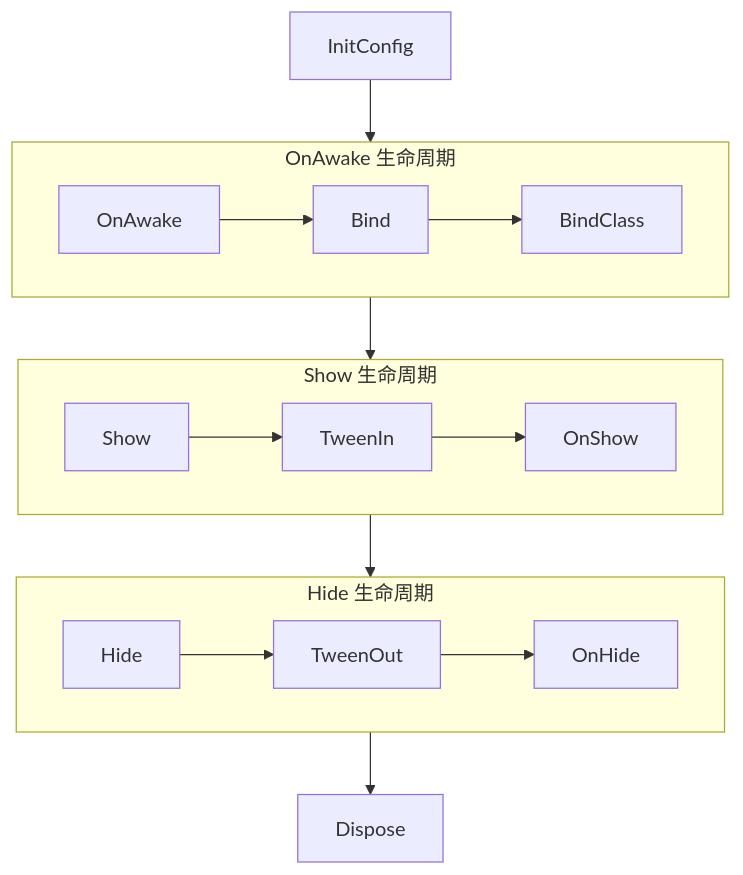
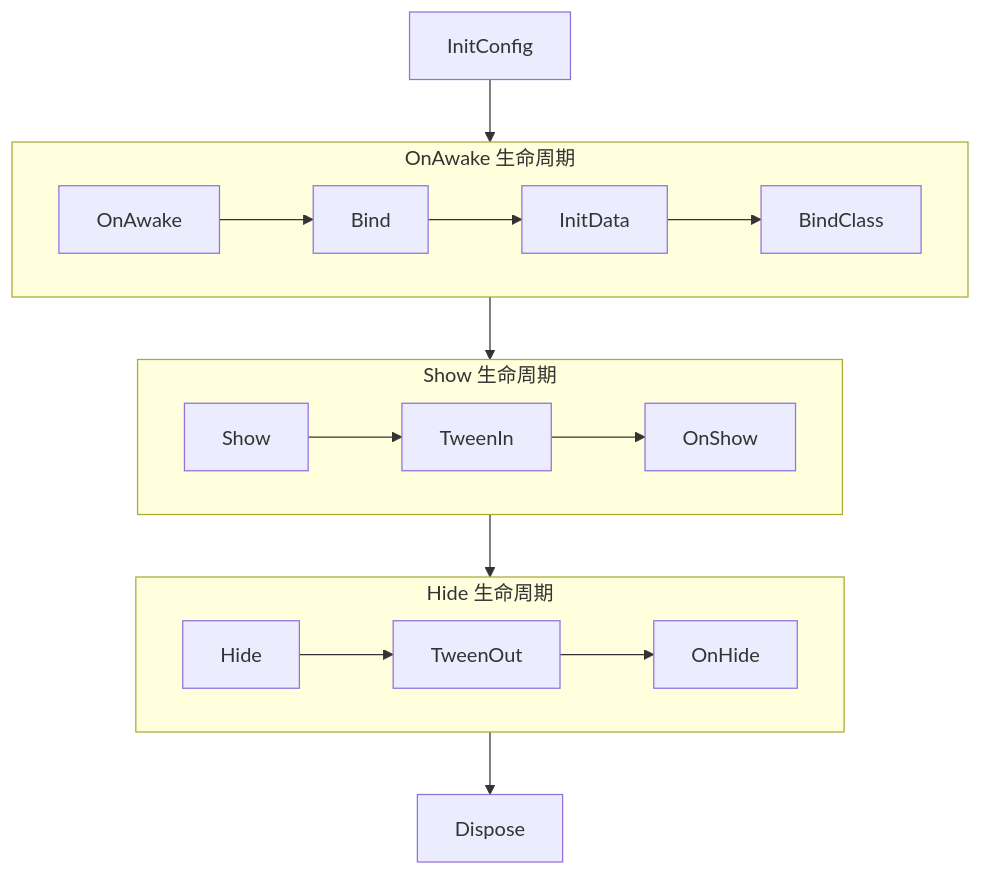
One commit to busyoGG/ReflectionBindUIDoc changed the diagram in docs/UITotal.md. Above: the diagram before and after it, drawn with Mermaid. The commit also changed other lines of this file, not shown here.

````diff
--- a/docs/UITotal.md
+++ b/docs/UITotal.md
@@ -111,20 +111,20 @@
 ```mermaid
 flowchart TB;
-    
+
     subgraph A["OnAwake 生命周期"]
-        OnAwake --> Bind --> BindClass;
+        OnAwake --> Bind --> InitData --> BindClass;
     end
 
     subgraph B["Show 生命周期"]
         Show --> TweenIn --> OnShow;
     end
 
     subgraph C["Hide 生命周期"]
         Hide --> TweenOut --> OnHide;
     end
-    
+
     InitConfig --> A;
     A --> B;
     B --> C;
     C --> Dispose;
 ```
````
